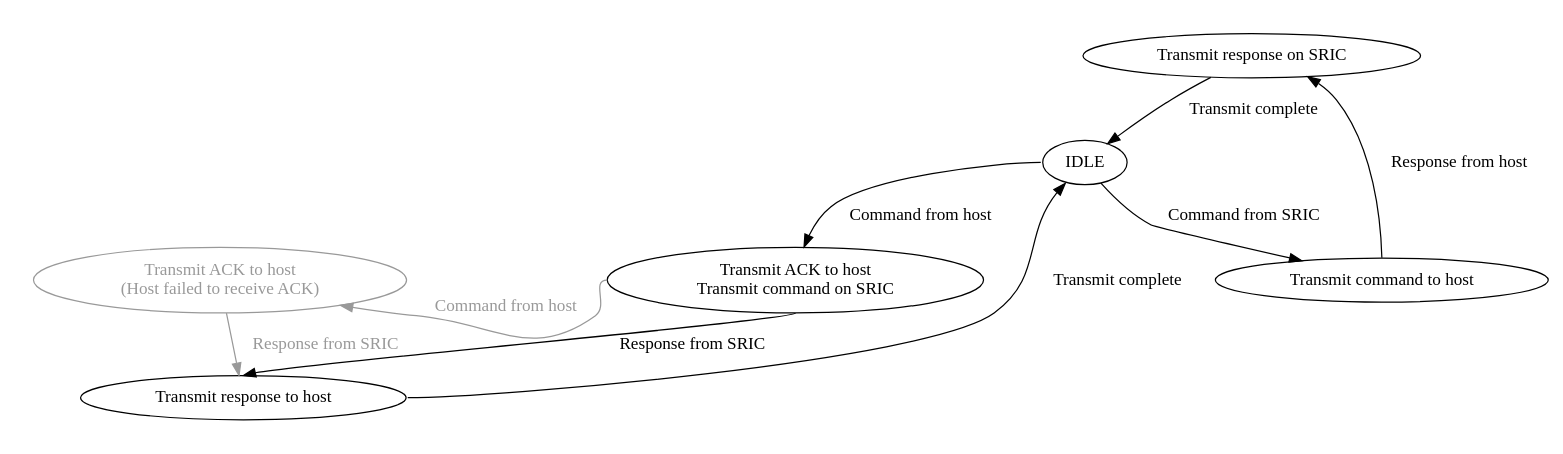
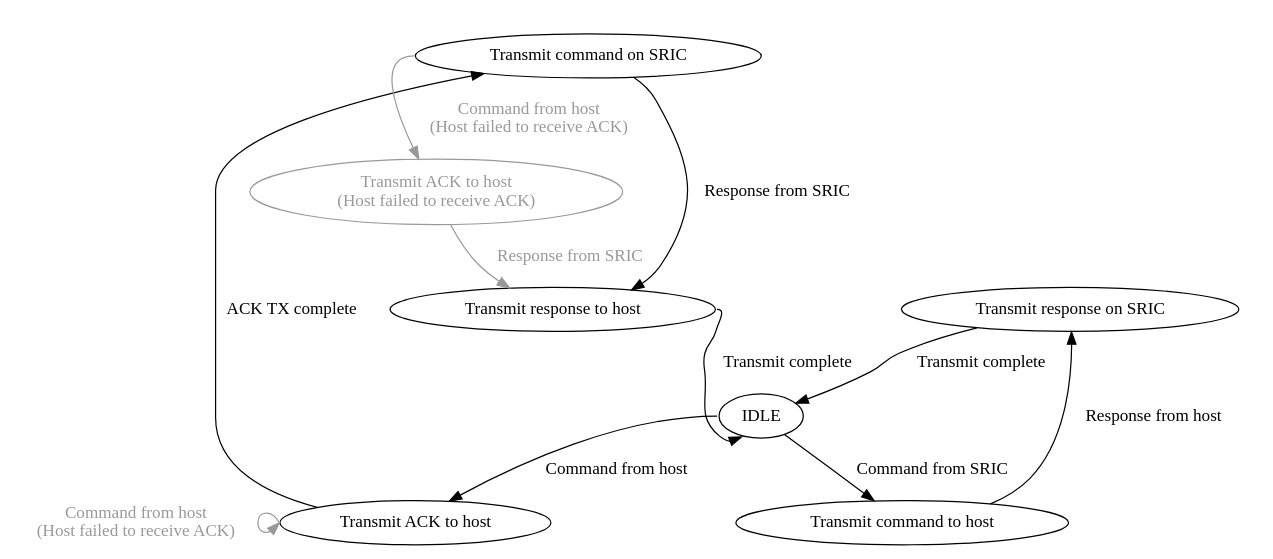
Before and after one commit to srobo-legacy/boards-pc-sric-fw: the diagram in gw-fsm.dot, drawn with Graphviz.

Commit message:
Alter gw-fsm to make host ACK and SRIC transmission sequential
This is the simpler case to deal with right now.

```diff
--- a/gw-fsm.dot
+++ b/gw-fsm.dot
@@ -1,29 +1,34 @@
 digraph G {
 	IDLE:w -> A [label="Command from host"];
 	IDLE -> D [label="Command from SRIC"];
 	{ rank = same; IDLE; }
 
 	subgraph cluster0 {
 		color = "white";
-		A:s -> B:n [label="Response from SRIC"];
-		A:w -> C [label="Command from host",color="#999999",fontcolor="#999999"];
+		A -> A0 [label="ACK TX complete"];
+		A0 -> B [label="Response from SRIC"];
+		A:w -> A:w [label="Command from host\n(Host failed to receive ACK)",color="#999999",fontcolor="#999999"];
+
+		A0:w -> C [label="Command from host\n(Host failed to receive ACK)",color="#999999",fontcolor="#999999"];
 		C -> B [label="Response from SRIC",color="#999999",fontcolor="#999999"];
 		B:e -> IDLE:sw [label="Transmit complete"];
 	}
 
 	subgraph cluster1 {
 		color = "white";
 
 		D -> E [label="Response from host"];
 		E -> IDLE [label="Transmit complete"];
 	}
 
 	{ rank = same; A; D; }
 
-	A [label="Transmit ACK to host\nTransmit command on SRIC"];
+	A [label="Transmit ACK to host"];
+	A0 [label="Transmit command on SRIC"];
+
 	B [label="Transmit response to host"];
 	C [label="Transmit ACK to host\n(Host failed to receive ACK)",color="#999999",fontcolor="#999999"];
 
 	D [label="Transmit command to host"];
 	E [label="Transmit response on SRIC"];
 }
```
